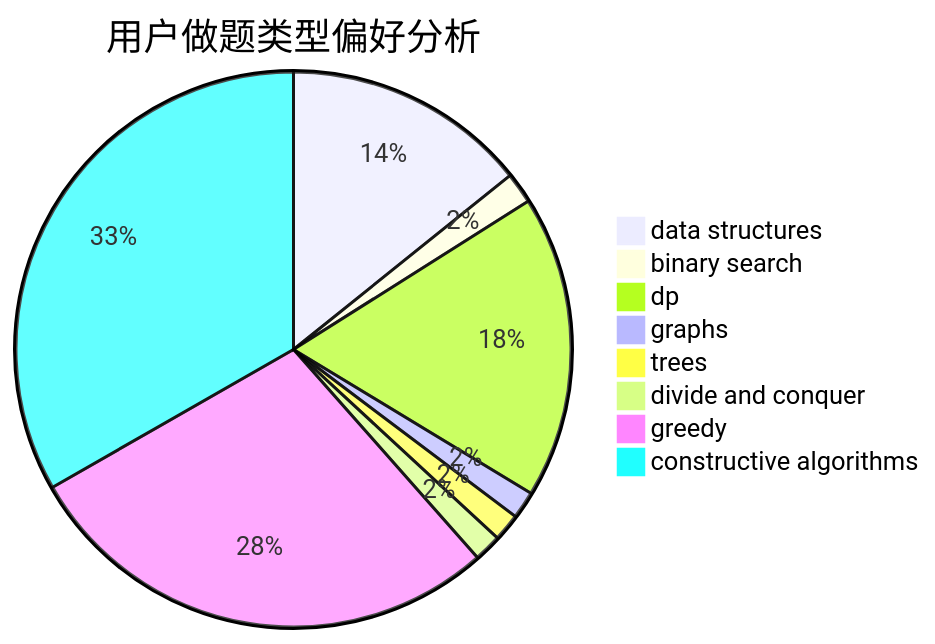
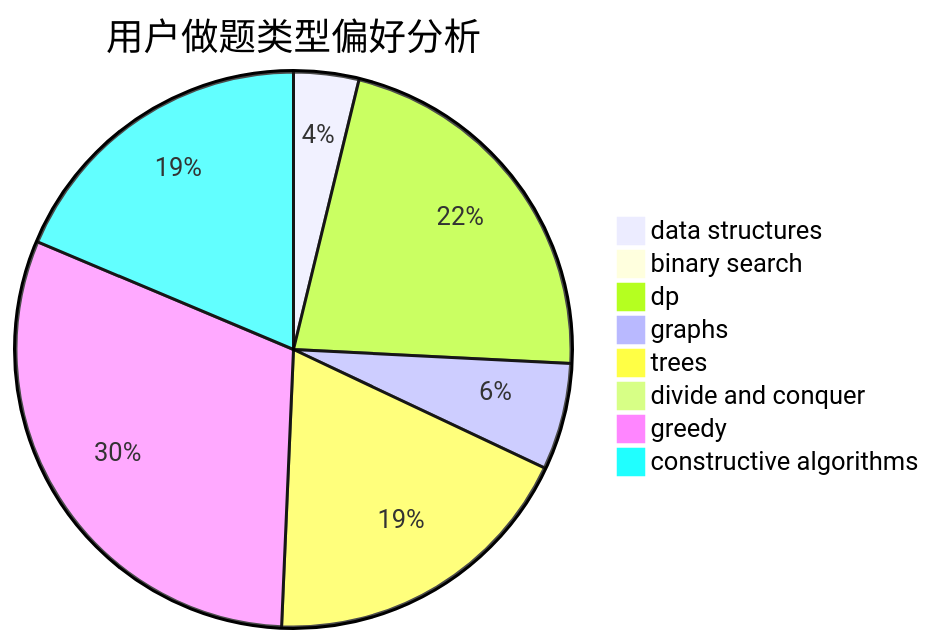
Before and after one commit to sherpahu/cfrs.github.io: the second of 3 diagrams in docs/user/u1509.md, drawn with Mermaid. The commit also changed other lines of this file and 2770 other files, not shown here.

````diff
--- a/docs/user/u1509.md
+++ b/docs/user/u1509.md
@@ -23,11 +23,11 @@
 ```mermaid
 pie title 用户做题类型偏好分析
-    "data structures" :  71
-    "binary search" :  9
-    "dp" :  88
-    "graphs" :  8
-    "trees" :  8
-    "divide and conquer" :  8
-    "greedy" :  141
-    "constructive algorithms" :  166
+    "data structures" :  25
+    "binary search" :  5
+    "dp" :  145
+    "graphs" :  41
+    "trees" :  123
+    "divide and conquer" :  0
+    "greedy" :  202
+    "constructive algorithms" :  123
 ```
````
